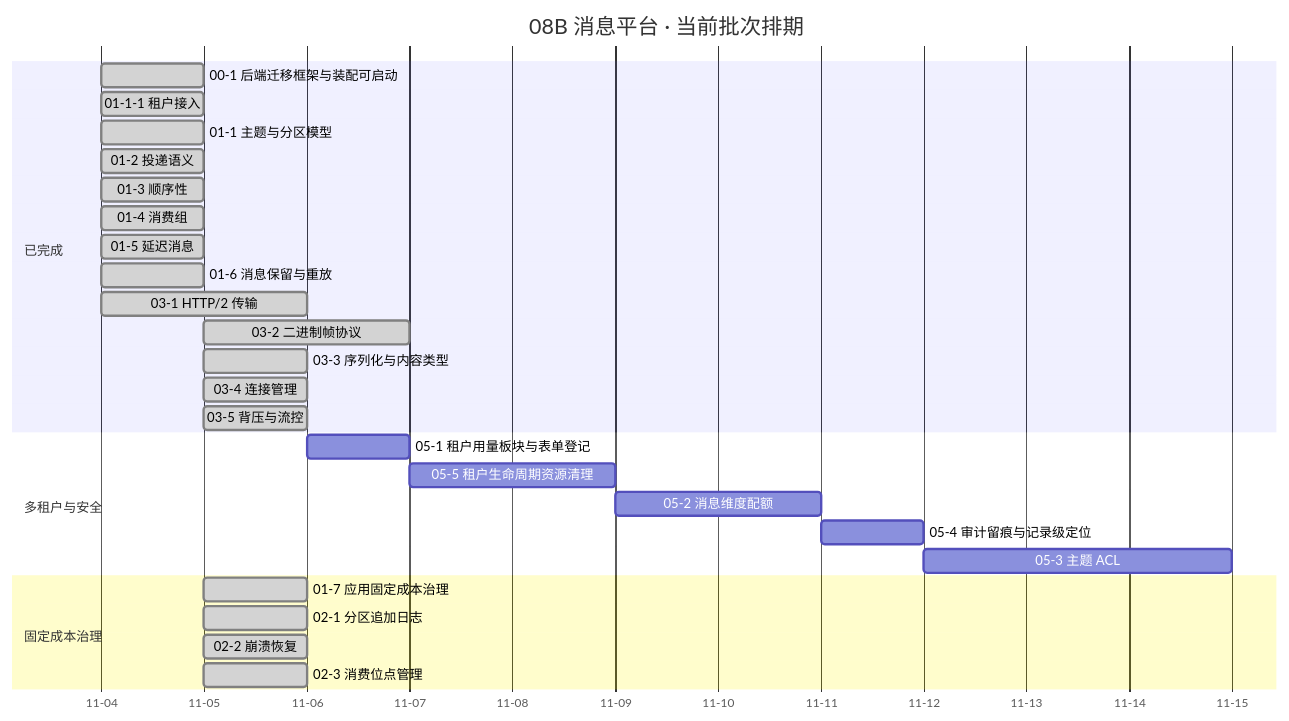
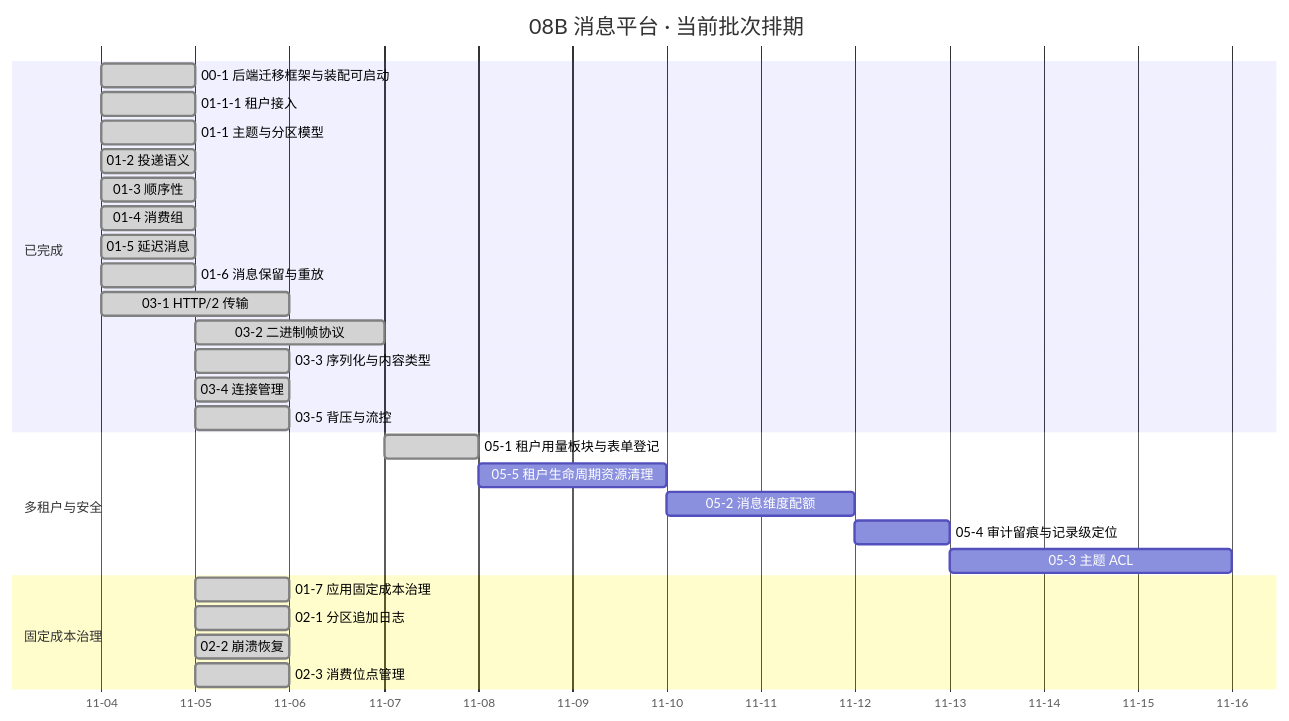
One commit to minjian123/message-platform changed the diagram in msg文档/项目/08B_消息平台/计划/01_计划_消息平台.md. Above: the diagram before and after it, drawn with Mermaid. The commit also changed other lines of this file and 6 other files, not shown here.

````diff
--- a/msg文档/项目/08B_消息平台/计划/01_计划_消息平台.md
+++ b/msg文档/项目/08B_消息平台/计划/01_计划_消息平台.md
@@ -81,32 +81,32 @@
 ```mermaid
 gantt
     title 08B 消息平台 · 当前批次排期
     %% 任务域 02：02-7 已交付（2026-11-05）、02-4/02-5 搁置（待 8B_05）；任务域 04：04-1 ~ 04-7 全部已交付不入甘特
     dateFormat YYYY-MM-DD
     axisFormat %m-%d
     section 已完成
     00-1 后端迁移框架与装配可启动 :done, d001, 2026-11-04, 1d
     01-1-1 租户接入 :done, d0111, 2026-11-04, 1d
     01-1 主题与分区模型 :done, t011, 2026-11-04, 1d
     01-2 投递语义 :done, t012, 2026-11-04, 1d
     01-3 顺序性 :done, t013, 2026-11-04, 1d
     01-4 消费组 :done, t014, 2026-11-04, 1d
     01-5 延迟消息 :done, t015, 2026-11-04, 1d
     01-6 消息保留与重放 :done, t016, 2026-11-04, 1d
     03-1 HTTP/2 传输 :done, t031, 2026-11-04, 2d
     03-2 二进制帧协议 :done, t032, 2026-11-05, 2d
     03-3 序列化与内容类型 :done, t033, 2026-11-05, 1d
     03-4 连接管理 :done, t034, 2026-11-05, 1d
     03-5 背压与流控 :done, t035, 2026-11-05, 1d
     section 多租户与安全
-    05-1 租户用量板块与表单登记 :t051, after t035, 1d
+    05-1 租户用量板块与表单登记 :done, t051, 2026-11-07, 1d
     05-5 租户生命周期资源清理 :t055, after t051, 2d
     05-2 消息维度配额 :t052, after t055, 2d
     05-4 审计留痕与记录级定位 :t054, after t052, 1d
     05-3 主题 ACL :t053, after t054, 3d
     section 固定成本治理
     01-7 应用固定成本治理 :done, t017, 2026-11-05, 1d
     02-1 分区追加日志 :done, t021, 2026-11-05, 1d
     02-2 崩溃恢复 :done, t022, 2026-11-05, 1d
     02-3 消费位点管理 :done, t023, 2026-11-05, 1d
 ```
````
